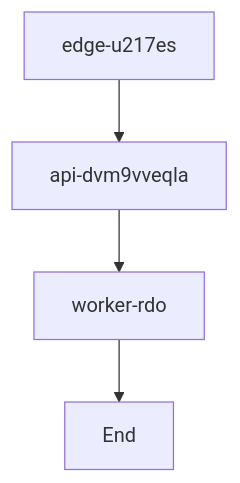
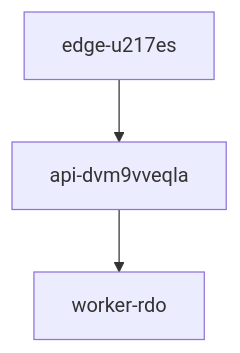
One commit to 24f2007572-PJ/Test-PradheepaJ changed the first of 2 diagrams in sample1.md. Above: the diagram before and after it, drawn with Mermaid. The commit also changed other lines of this file, not shown here.

````diff
--- a/sample1.md
+++ b/sample1.md
@@ -3,6 +22,5 @@
 ```mermaid
-flowchart TD
-    A[edge-u217es] --> B[api-dvm9vveqla]
-    B --> C[worker-rdo]
-    C --> D[End]
+graph TD
+  A[edge-u217es] --> B[api-dvm9vveqla]
+  B --> C[worker-rdo]
 ```
````
